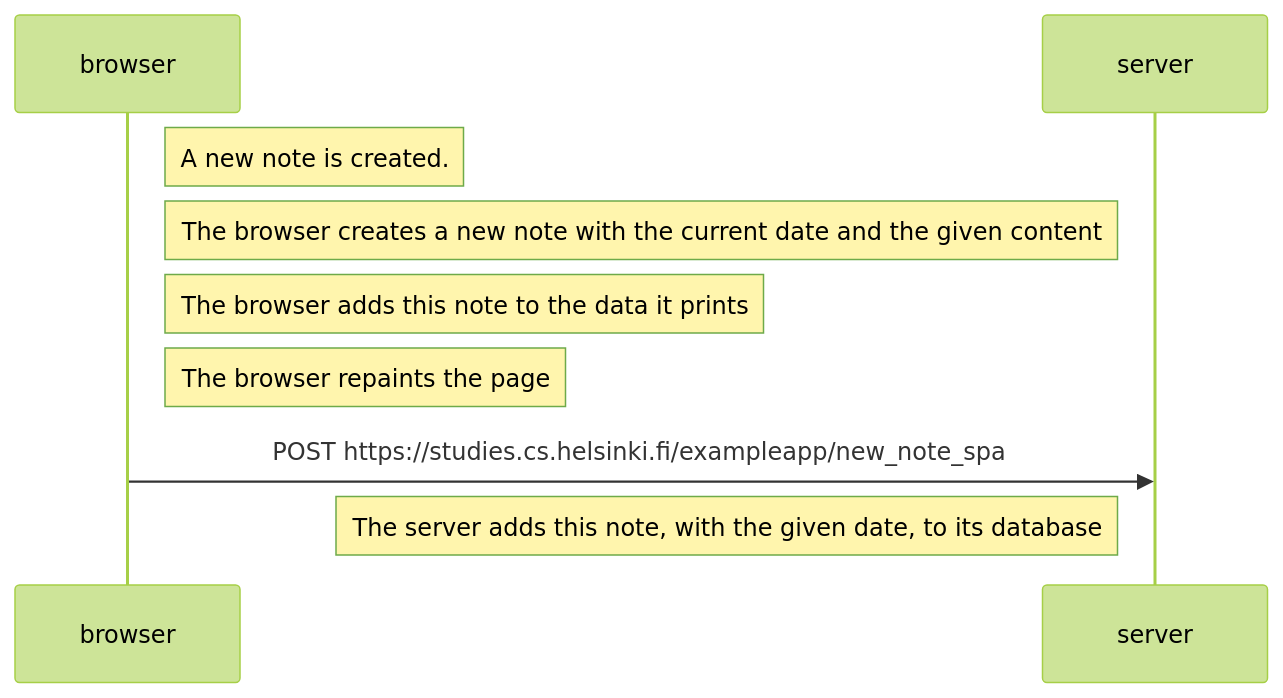
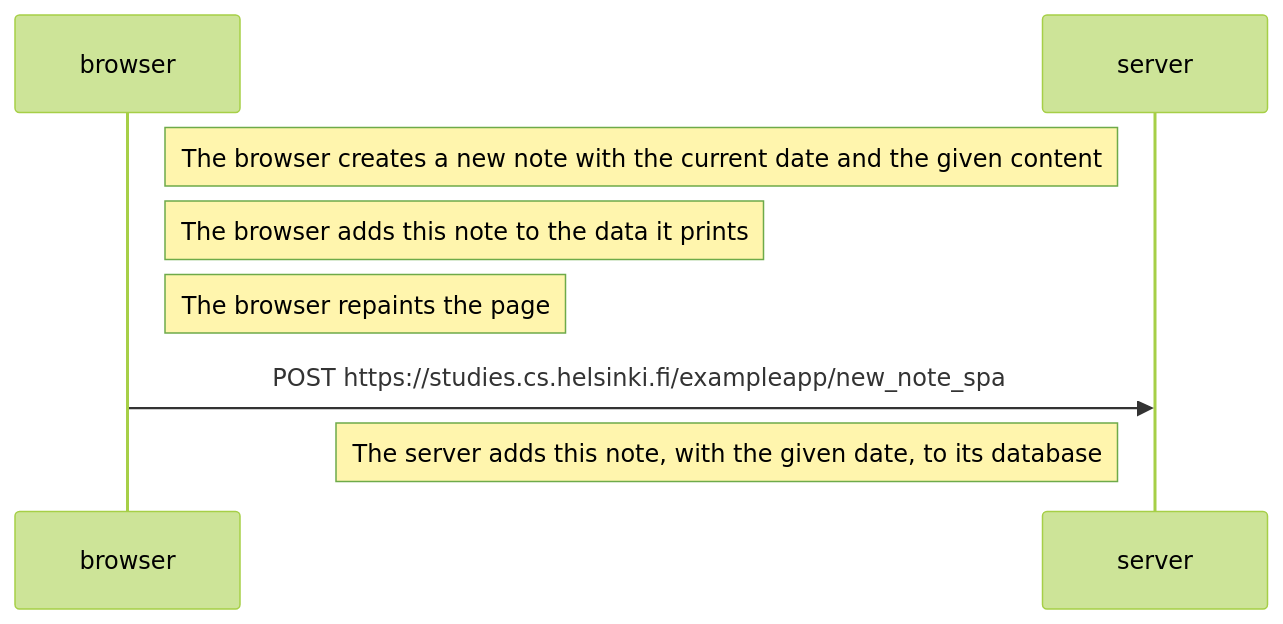
The diagram in part0/ex6.md (ElenaCM-0/FUSTA), drawn with Mermaid (forest theme) before and after one commit.

Commit message:
Removing redundancies

````diff
--- a/part0/ex6.md
+++ b/part0/ex6.md
@@ -1,15 +1,14 @@
 ```mermaid
 sequenceDiagram
 
 participant browser
 participant server
 
-Note right of browser: A new note is created. 
 Note right of browser: The browser creates a new note with the current date and the given content
 Note right of browser: The browser adds this note to the data it prints
 Note right of browser: The browser repaints the page
 
 browser->>server: POST https://studies.cs.helsinki.fi/exampleapp/new_note_spa
 Note left of server: The server adds this note, with the given date, to its database
 
 ```
````
